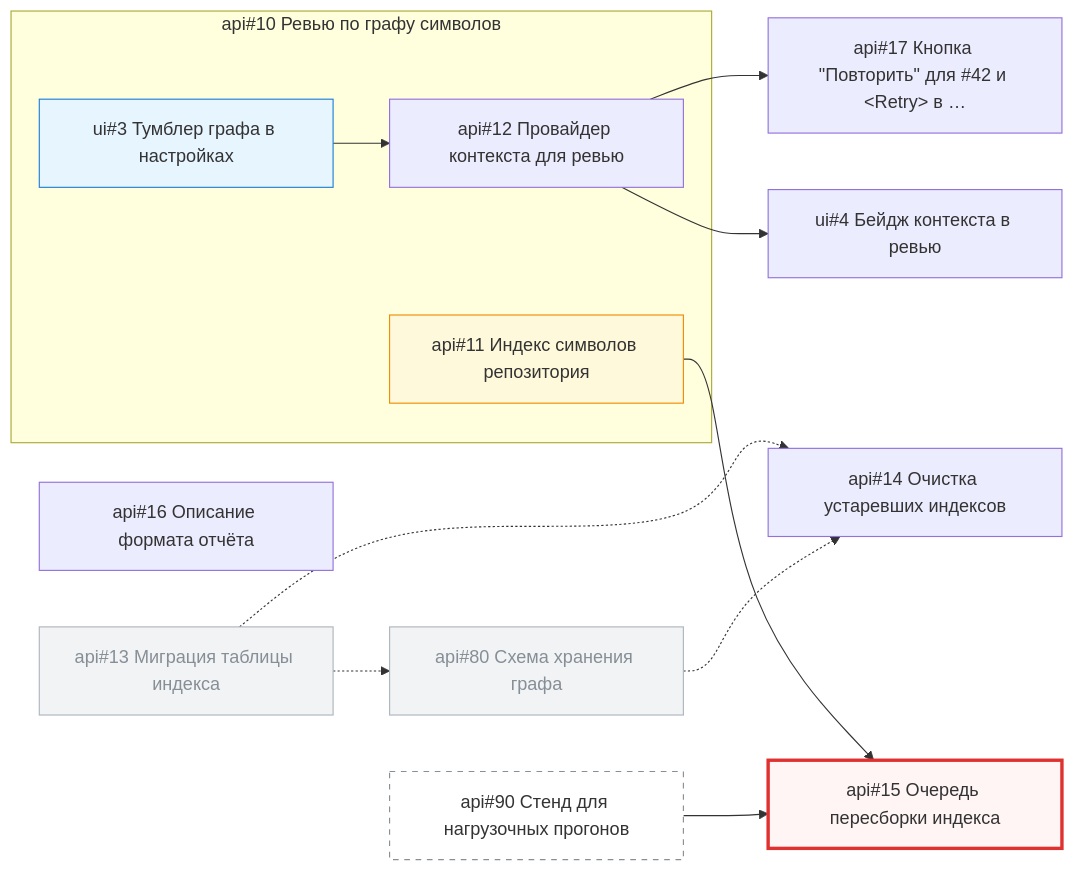
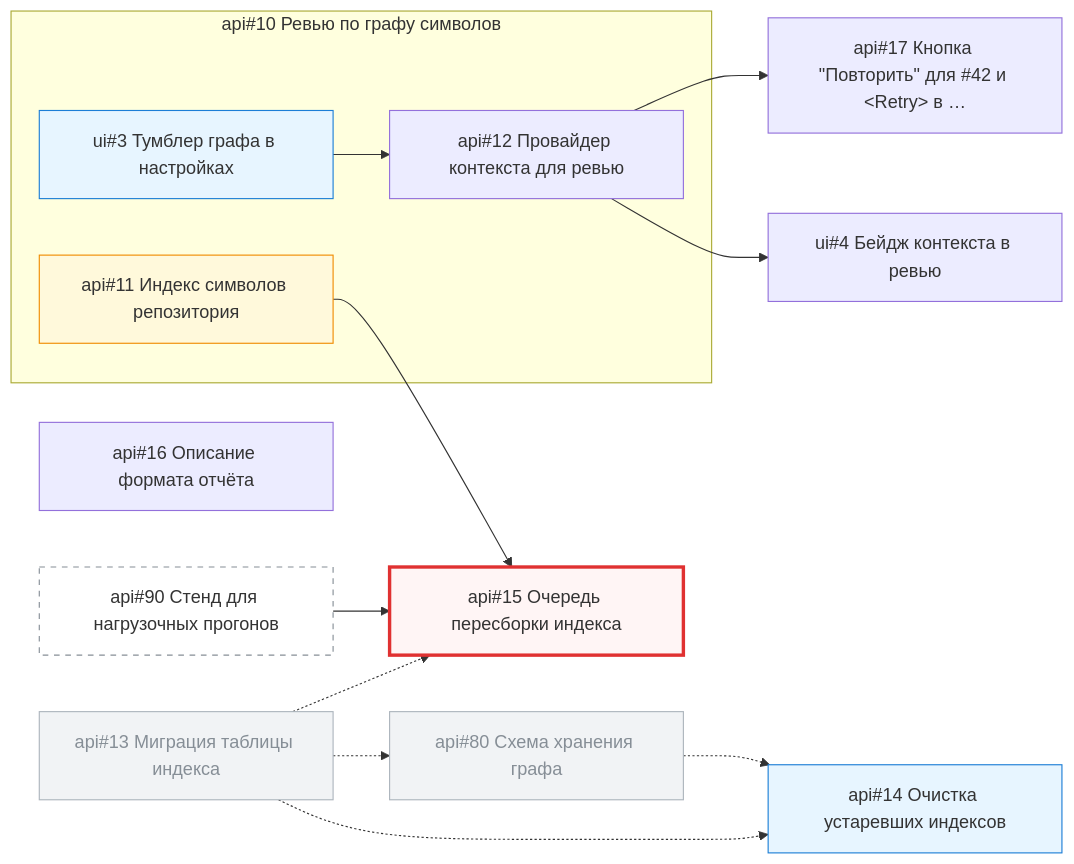
One commit to larchanka-training/dmc-268-ui-t6 changed the diagram in .agents/skills/issue-graph/tests/golden/milestone.md. Above: the diagram before and after it, drawn with Mermaid. The commit also changed other lines of this file and 10 other files, not shown here.

First line of the commit message:
test(agents): pin issue-graph paging, statuses and title escaping

````diff
--- a/.agents/skills/issue-graph/tests/golden/milestone.md
+++ b/.agents/skills/issue-graph/tests/golden/milestone.md
@@ -7,34 +7,35 @@
 ```mermaid
 flowchart LR
   subgraph api_10["api#35;10 Ревью по графу символов"]
     api_11["api#35;11 Индекс символов репозитория"]
     api_12["api#35;12 Провайдер контекста для ревью"]
     ui_3["ui#35;3 Тумблер графа в настройках"]
   end
   api_13["api#35;13 Миграция таблицы индекса"]
   api_14["api#35;14 Очистка устаревших индексов"]
   api_15["api#35;15 Очередь пересборки индекса"]
   api_16["api#35;16 Описание формата отчёта"]
   api_17["api#35;17 Кнопка #quot;Повторить#quot; для #35;42 и #lt;Retry#gt; в …"]
   api_80["api#35;80 Схема хранения графа"]
   api_90["api#35;90 Стенд для нагрузочных прогонов"]
   ui_4["ui#35;4 Бейдж контекста в ревью"]
   api_11 --> api_15
   api_12 --> api_17
   api_12 --> ui_4
   api_13 -.-> api_14
+  api_13 -.-> api_15
   api_13 -.-> api_80
   api_80 -.-> api_14
   api_90 --> api_15
   ui_3 --> api_12
   classDef done fill:#f1f3f5,stroke:#adb5bd,color:#868e96
   classDef progress fill:#e7f5ff,stroke:#1c7ed6
   classDef review fill:#fff9db,stroke:#f08c00
   classDef alarm fill:#fff5f5,stroke:#e03131,stroke-width:3px
   classDef external fill:#ffffff,stroke:#868e96,stroke-dasharray:5 5
   class api_13,api_80 done
-  class ui_3 progress
+  class api_14,ui_3 progress
   class api_11 review
   class api_15 alarm
   class api_90 external
 ```
````
